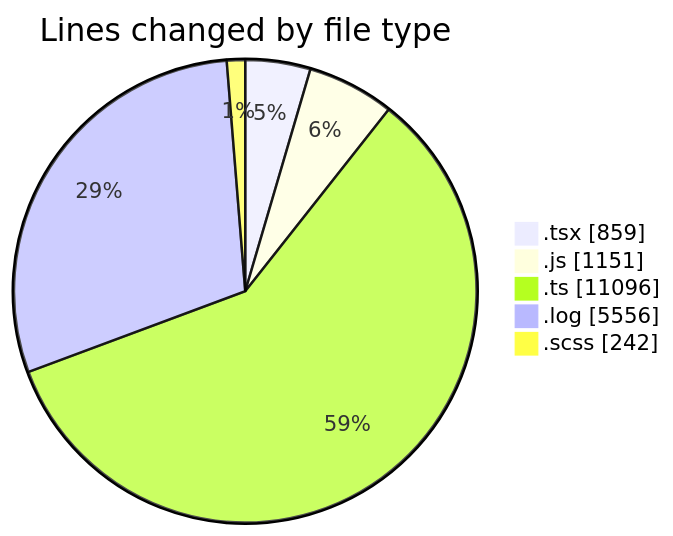
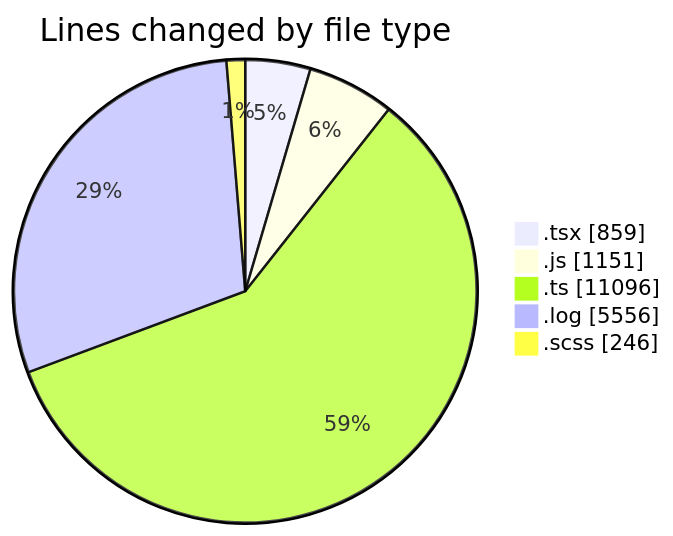
Before and after one commit to momahboobian/code-tracking: the first of 2 diagrams in 2026-04-09/cda/README.md, drawn with Mermaid. The commit also changed other lines of this file and 1 other file, not shown here.

````diff
--- a/2026-04-09/cda/README.md
+++ b/2026-04-09/cda/README.md
@@ -31,9 +31,9 @@
 ```mermaid
 pie showData
 title Lines changed by file type
 ".tsx" : 859
 ".js" : 1151
 ".ts" : 11096
 ".log" : 5556
-".scss" : 242
+".scss" : 246
 ```
````
